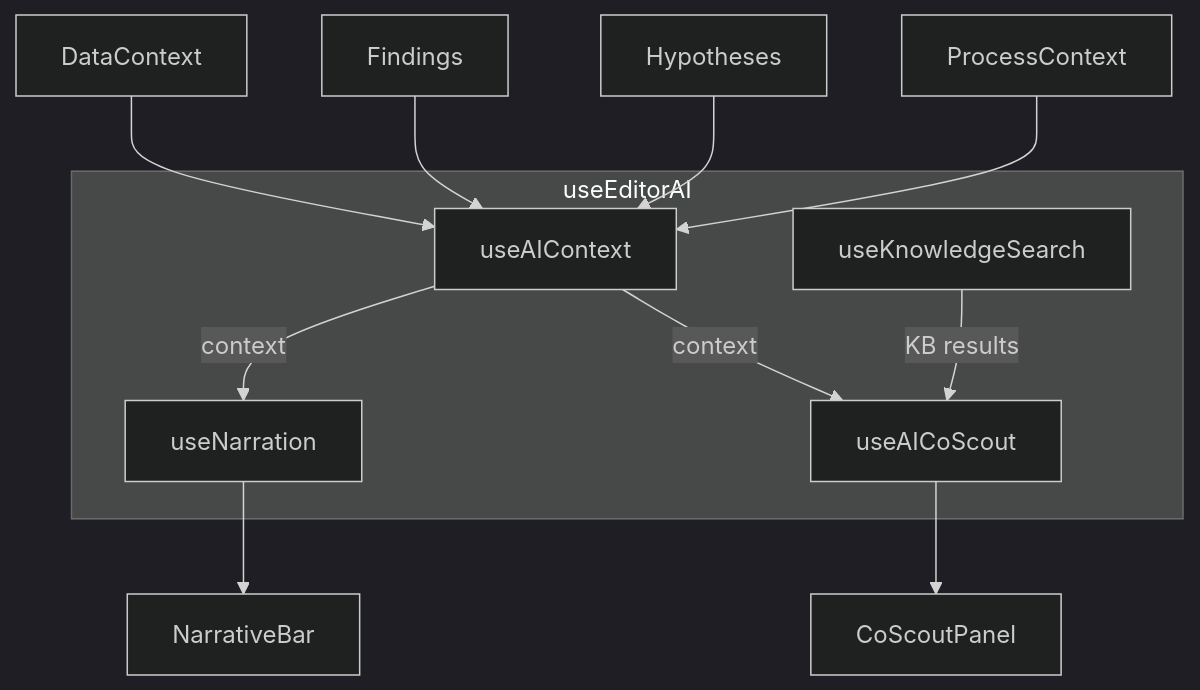
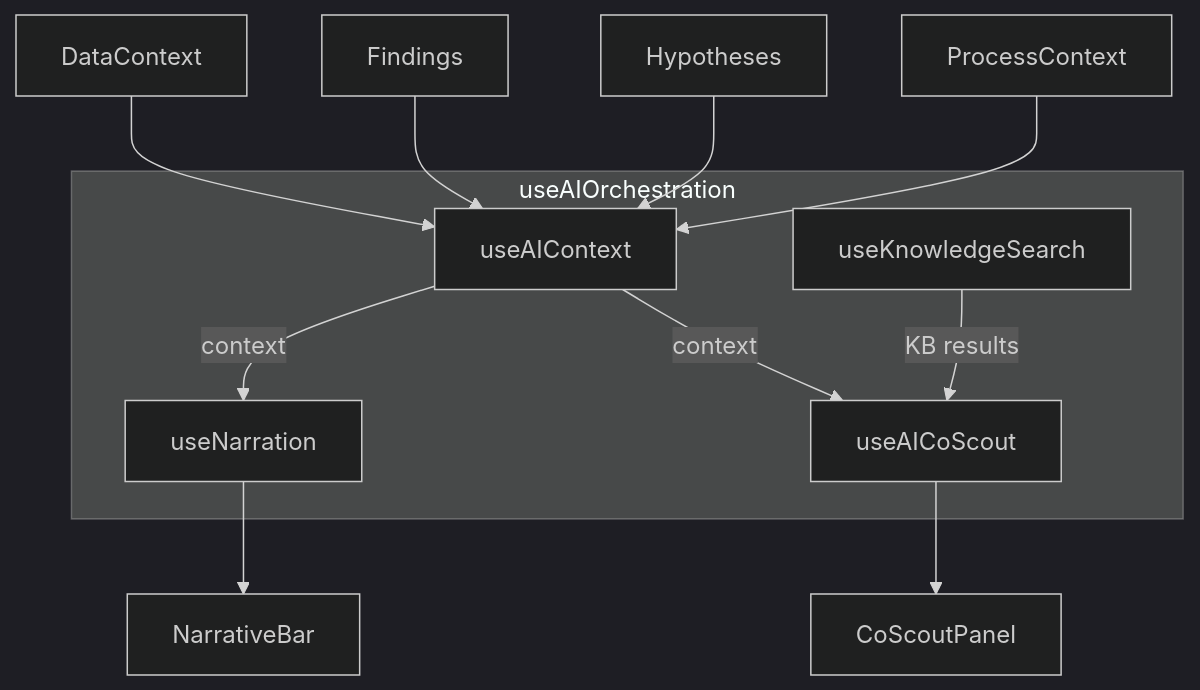
One commit to jukka-matti/variscout changed the third of 3 diagrams in docs/05-technical/architecture/component-patterns.md. Above: the diagram before and after it, drawn with Mermaid (dark theme). The commit also changed other lines of this file and 39 other files, not shown here.

First line of the commit message:
refactor: architecture improvements — retry logic, store co-location, turborepo, useTransition

````diff
--- a/docs/05-technical/architecture/component-patterns.md
+++ b/docs/05-technical/architecture/component-patterns.md
@@ -553,21 +553,21 @@
 ```mermaid
 flowchart TB
-    subgraph Orchestrator["useEditorAI"]
+    subgraph Orchestrator["useAIOrchestration"]
         AC[useAIContext]
         NR[useNarration]
         CS[useAICoScout]
         KS[useKnowledgeSearch]
     end
 
     DC[DataContext] --> AC
     F[Findings] --> AC
     H[Hypotheses] --> AC
     PC[ProcessContext] --> AC
 
     AC -->|context| NR
     AC -->|context| CS
     KS -->|KB results| CS
 
     NR --> NB["NarrativeBar"]
     CS --> CSP["CoScoutPanel"]
 ```
````
